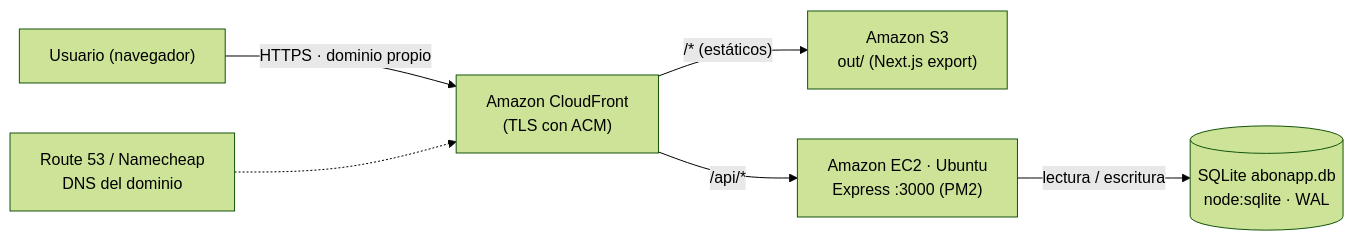
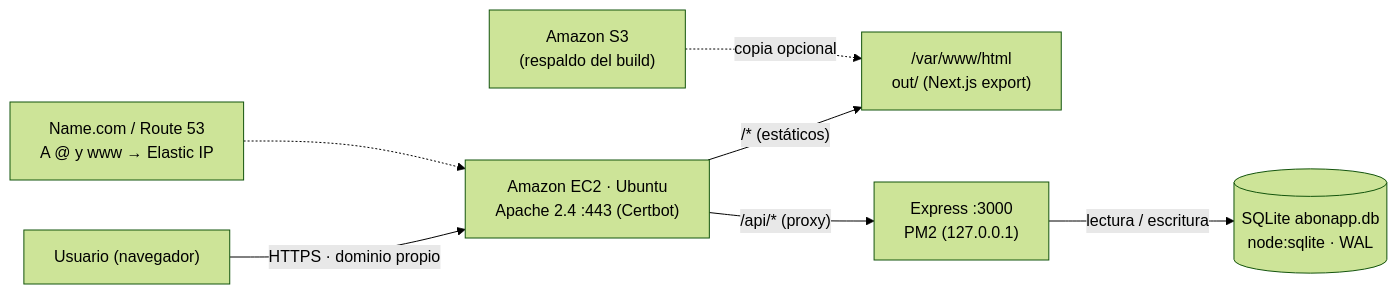
Before and after one commit to amarinr786-droid/AbonApp: the diagram in README.md, drawn with Mermaid (forest theme). The commit also changed other lines of this file and 3 other files, not shown here.

Commit message:
docs: alinear arquitectura con Apache + EC2 y dominio propio

````diff
--- a/README.md
+++ b/README.md
@@ -39,8 +39,9 @@
 ```mermaid
 flowchart LR
-    U["Usuario (navegador)"] -->|"HTTPS · dominio propio"| CF["Amazon CloudFront<br/>(TLS con ACM)"]
-    CF -->|"/* (estáticos)"| S3["Amazon S3<br/>out/ (Next.js export)"]
-    CF -->|"/api/*"| EC2["Amazon EC2 · Ubuntu<br/>Express :3000 (PM2)"]
-    EC2 -->|"lectura / escritura"| DB[("SQLite abonapp.db<br/>node:sqlite · WAL")]
-    DNS["Route 53 / Namecheap<br/>DNS del dominio"] -.-> CF
+    U["Usuario (navegador)"] -->|"HTTPS · dominio propio"| AP["Amazon EC2 · Ubuntu<br/>Apache 2.4 :443 (Certbot)"]
+    AP -->|"/* (estáticos)"| WWW["/var/www/html<br/>out/ (Next.js export)"]
+    AP -->|"/api/* (proxy)"| API["Express :3000<br/>PM2 (127.0.0.1)"]
+    API -->|"lectura / escritura"| DB[("SQLite abonapp.db<br/>node:sqlite · WAL")]
+    DNS["Name.com / Route 53<br/>A @ y www → Elastic IP"] -.-> AP
+    S3["Amazon S3<br/>(respaldo del build)"] -.->|"copia opcional"| WWW
 ```
````
